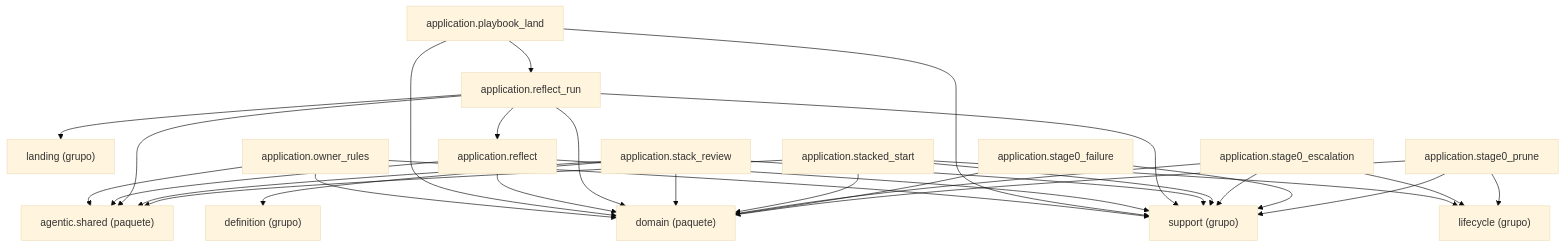
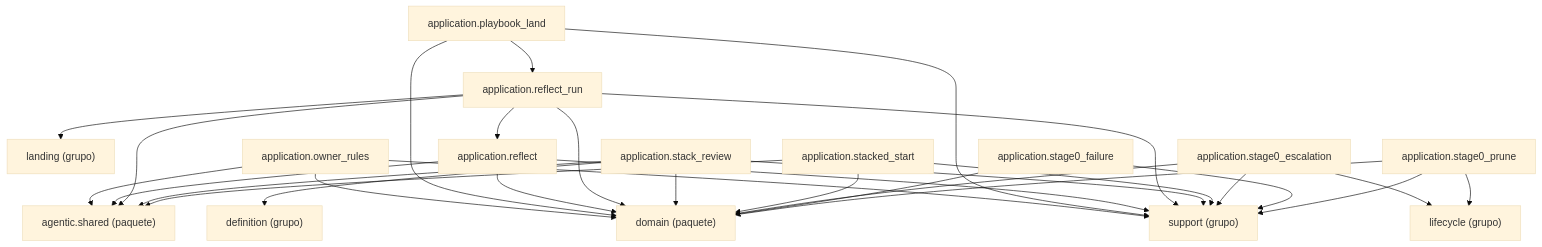
One commit to GonzaloZevallos/agentic-system changed the diagram in docs/architecture/generated/packages-process-application-reflection.md. Above: the diagram before and after it, drawn with Mermaid (base theme).

Commit message:
Regenerate the package page: stacked_start no longer imports resume
The presubmit refused the delivery twice on this one generated line (tests/test_docs.py and the
docs check); the page is the output of scripts/docs/generate.py, not a hand edit.

````diff
--- a/docs/architecture/generated/packages-process-application-reflection.md
+++ b/docs/architecture/generated/packages-process-application-reflection.md
@@ -17,48 +17,47 @@
 ```mermaid
 graph TD
     g_application__definition["definition (grupo)"]
     g_application__landing["landing (grupo)"]
     g_application__lifecycle["lifecycle (grupo)"]
     g_application__support["support (grupo)"]
     g_pkg__agentic__shared["agentic.shared (paquete)"]
     g_pkg__domain["domain (paquete)"]
     m_application__owner_rules["application.owner_rules"]
     m_application__playbook_land["application.playbook_land"]
     m_application__reflect["application.reflect"]
     m_application__reflect_run["application.reflect_run"]
     m_application__stack_review["application.stack_review"]
     m_application__stacked_start["application.stacked_start"]
     m_application__stage0_escalation["application.stage0_escalation"]
     m_application__stage0_failure["application.stage0_failure"]
     m_application__stage0_prune["application.stage0_prune"]
     m_application__owner_rules --> g_application__support
     m_application__owner_rules --> g_pkg__agentic__shared
     m_application__owner_rules --> g_pkg__domain
     m_application__playbook_land --> g_application__support
     m_application__playbook_land --> g_pkg__domain
     m_application__playbook_land --> m_application__reflect_run
     m_application__reflect --> g_application__support
     m_application__reflect --> g_pkg__agentic__shared
     m_application__reflect --> g_pkg__domain
     m_application__reflect_run --> g_application__landing
     m_application__reflect_run --> g_application__support
     m_application__reflect_run --> g_pkg__agentic__shared
     m_application__reflect_run --> g_pkg__domain
     m_application__reflect_run --> m_application__reflect
     m_application__stack_review --> g_application__definition
     m_application__stack_review --> g_application__support
     m_application__stack_review --> g_pkg__agentic__shared
     m_application__stack_review --> g_pkg__domain
-    m_application__stacked_start --> g_application__lifecycle
     m_application__stacked_start --> g_application__support
     m_application__stacked_start --> g_pkg__agentic__shared
     m_application__stacked_start --> g_pkg__domain
     m_application__stage0_escalation --> g_application__lifecycle
     m_application__stage0_escalation --> g_application__support
     m_application__stage0_escalation --> g_pkg__domain
     m_application__stage0_failure --> g_application__support
     m_application__stage0_failure --> g_pkg__domain
     m_application__stage0_prune --> g_application__lifecycle
     m_application__stage0_prune --> g_application__support
     m_application__stage0_prune --> g_pkg__domain
 ```
````
